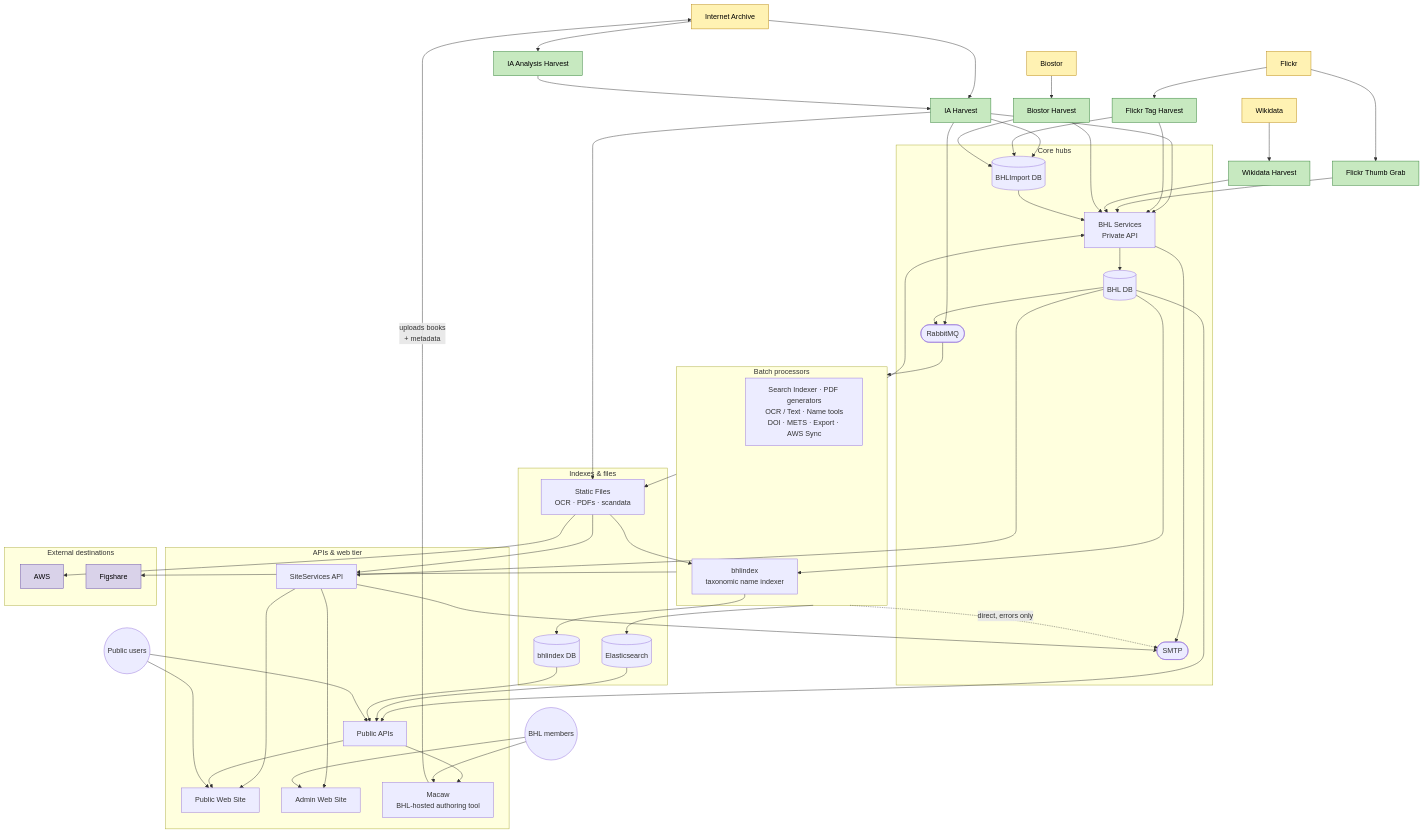
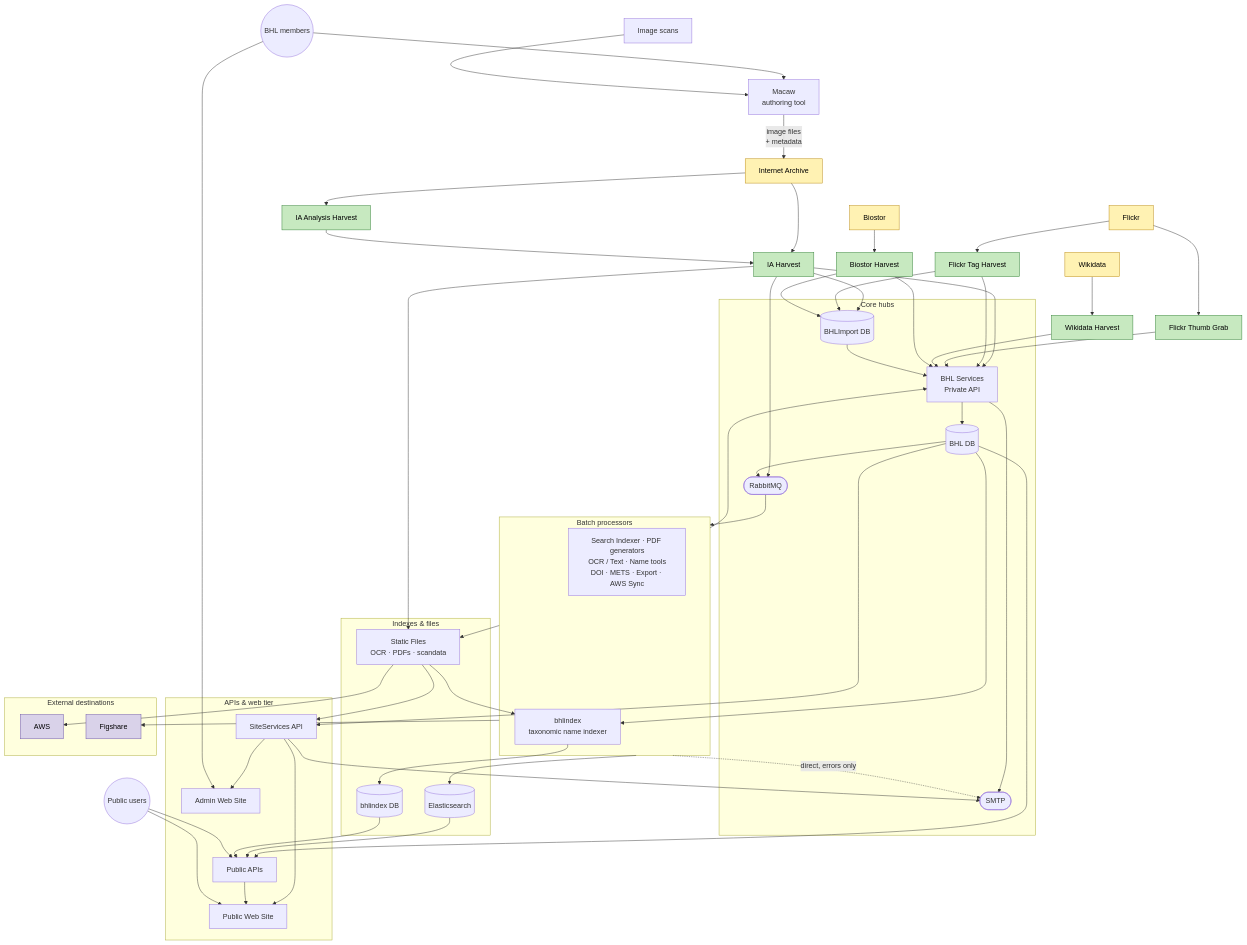
Before and after one commit to rdmpage/bhl-data-flows: the diagram in diagrams/overview.md, drawn with Mermaid. The commit also changed other lines of this file, not shown here.

Commit message:
Macaw is standalone: no direct BHL integration, only IA upload
Per diagrams/macaw.png, Macaw takes image scans + metadata as input and
uploads packages to Internet Archive. It does not interact with any
BHL component - content reaches BHL only indirectly via IA Harvest.
Remove Macaw from the Serving subgraph, drop the Public APIs -> Macaw
edge, and add an Image Scans input node.

```diff
--- a/diagrams/overview.md
+++ b/diagrams/overview.md
@@ -44,13 +44,16 @@
         PubAPI[Public APIs]
         PubWeb[Public Web Site]
         AdminWeb[Admin Web Site]
-        Macaw[Macaw<br/>BHL-hosted authoring tool]
     end
 
     subgraph Outbound["External destinations"]
         AWS[AWS]
         Figshare[Figshare]
     end
+
+    %% --- Standalone authoring tool (not connected to BHL internals) ---
+    Scans[Image scans]
+    Macaw[Macaw<br/>authoring tool]
 
     PublicUsers((Public users))
     BHLMembers((BHL members))
@@ -97,7 +100,6 @@
     SiteSvc --> PubWeb
     SiteSvc --> AdminWeb
     PubAPI --> PubWeb
-    PubAPI --> Macaw
 
     %% --- Audience ---
     PublicUsers --> PubWeb
@@ -105,8 +107,10 @@
     BHLMembers --> AdminWeb
     BHLMembers --> Macaw
 
-    %% --- Macaw uploads to IA (content later flows back via IA Harvest) ---
-    Macaw -- "uploads books<br/>+ metadata" --> IA
+    %% --- Macaw: separate authoring tool. No BHL integration; content
+    %% reaches BHL only via IA Harvest after Macaw uploads to IA. ---
+    Scans --> Macaw
+    Macaw -- "image files<br/>+ metadata" --> IA
 
     %% --- Outbound / side-effects ---
     Files --> AWS
```
